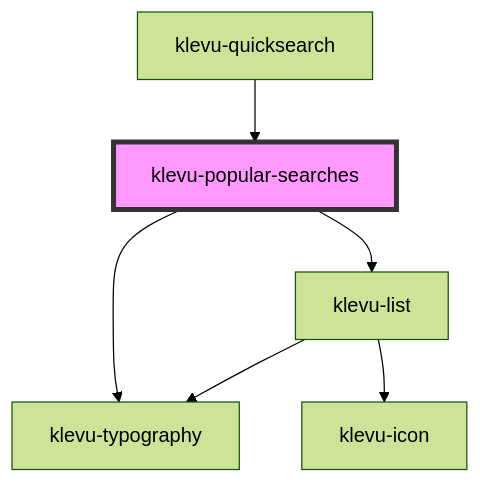
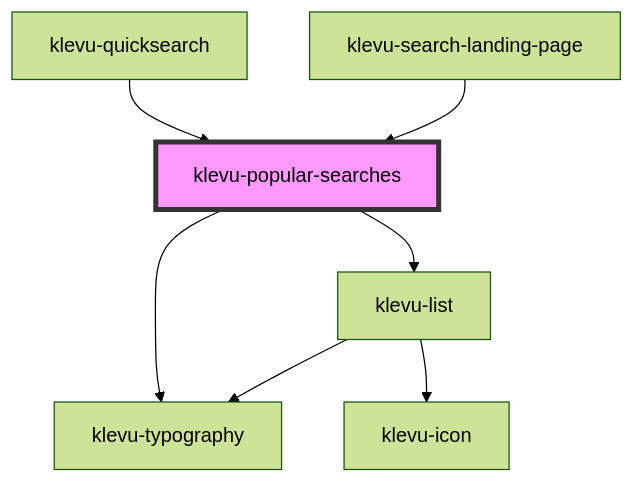
Before and after one commit to klevultd/frontend-sdk: the diagram in packages/klevu-ui/src/components/klevu-popular-searches/readme.md, drawn with Mermaid (forest theme). The commit also changed other lines of this file and 13 other files, not shown here.

````diff
--- a/packages/klevu-ui/src/components/klevu-popular-searches/readme.md
+++ b/packages/klevu-ui/src/components/klevu-popular-searches/readme.md
@@ -36,9 +37,10 @@
 ```mermaid
 graph TD;
   klevu-popular-searches --> klevu-typography
   klevu-popular-searches --> klevu-list
   klevu-list --> klevu-icon
   klevu-list --> klevu-typography
   klevu-quicksearch --> klevu-popular-searches
+  klevu-search-landing-page --> klevu-popular-searches
   style klevu-popular-searches fill:#f9f,stroke:#333,stroke-width:4px
 ```
````
